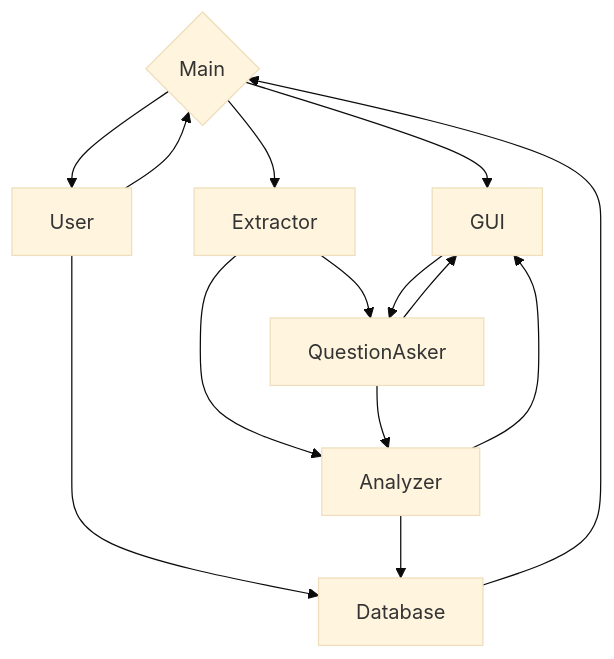
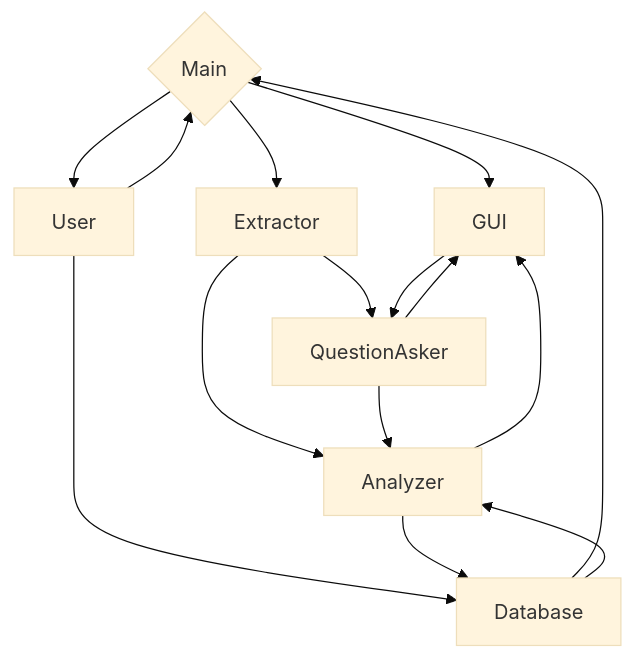
Before and after one commit to dguis/SciBowl: the third of 3 diagrams in readme.md, drawn with Mermaid (base theme). The commit also changed other lines of this file, not shown here.

````diff
--- a/readme.md
+++ b/readme.md
@@ -104,25 +104,26 @@
 ```mermaid
 graph TD
 Main{Main}
 User
 GUI
 Extractor
 QuestionAsker
 Analyzer
 Database
 
 Main --> GUI
 Main --> Extractor
 Main --> User
 User --> Main
 User --> Database
 Extractor --> QuestionAsker
 Extractor --> Analyzer
 QuestionAsker --> GUI
 QuestionAsker --> Analyzer
 Analyzer --> Database
 Analyzer --> GUI
 Database --> Main
+Database --> Analyzer
 GUI --> QuestionAsker
 
 ```
````
